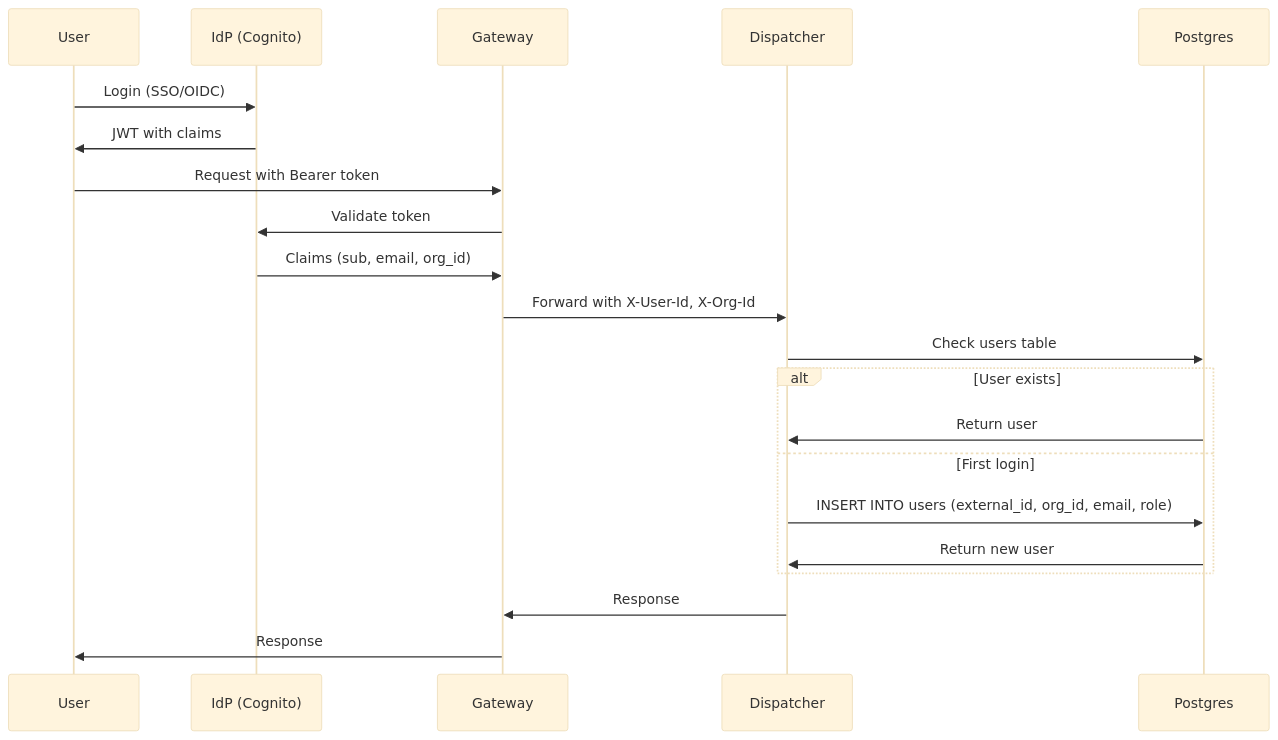
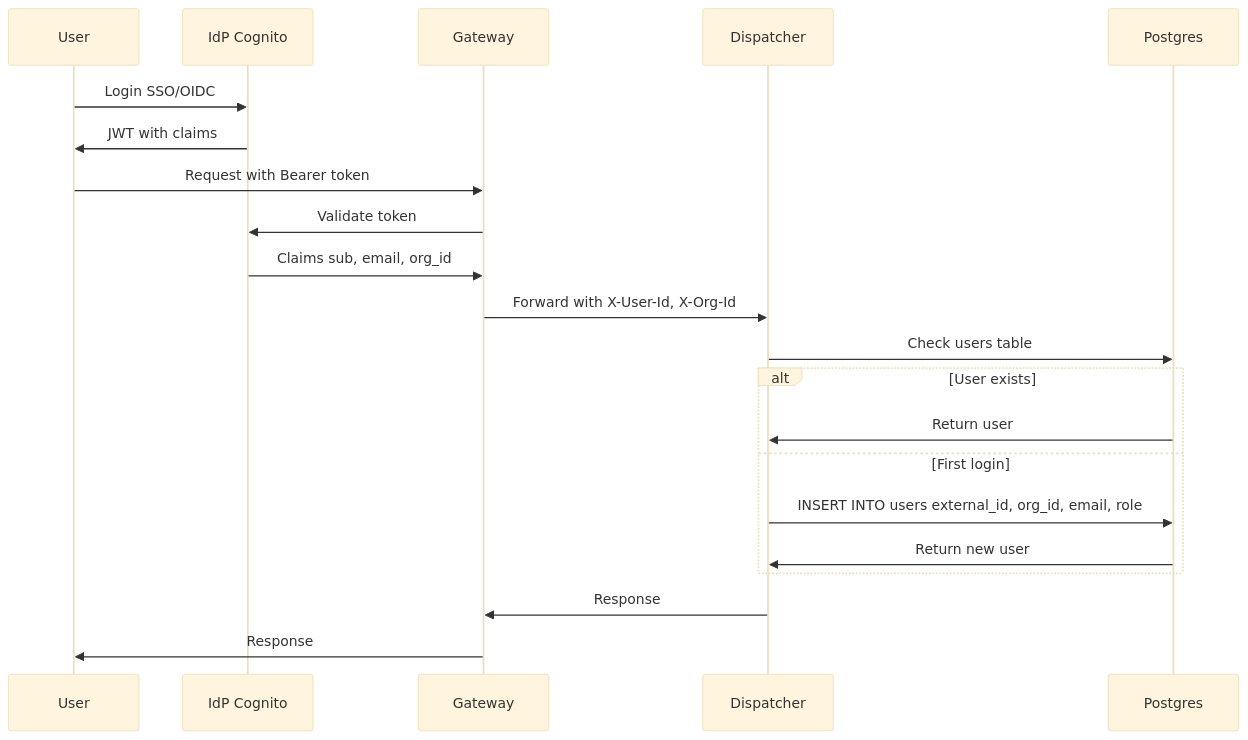
The diagram in docs/standards/security_model.md (c7121/trace), drawn with Mermaid (base theme) before and after one commit. The commit also changed 11 other files, not shown here.

````diff
--- a/docs/standards/security_model.md
+++ b/docs/standards/security_model.md
@@ -181,24 +181,24 @@
 ```mermaid
 sequenceDiagram
     participant U as User
-    participant IDP as IdP (Cognito)
+    participant IDP as IdP Cognito
     participant GW as Gateway
     participant D as Dispatcher
     participant PG as Postgres
 
-    U->>IDP: Login (SSO/OIDC)
+    U->>IDP: Login SSO/OIDC
     IDP->>U: JWT with claims
     U->>GW: Request with Bearer token
     GW->>IDP: Validate token
-    IDP->>GW: Claims (sub, email, org_id)
+    IDP->>GW: Claims sub, email, org_id
     GW->>D: Forward with X-User-Id, X-Org-Id
     D->>PG: Check users table
     alt User exists
         PG->>D: Return user
     else First login
-        D->>PG: INSERT INTO users (external_id, org_id, email, role)
+        D->>PG: INSERT INTO users external_id, org_id, email, role
         PG->>D: Return new user
     end
     D->>GW: Response
     GW->>U: Response
 ```
````
